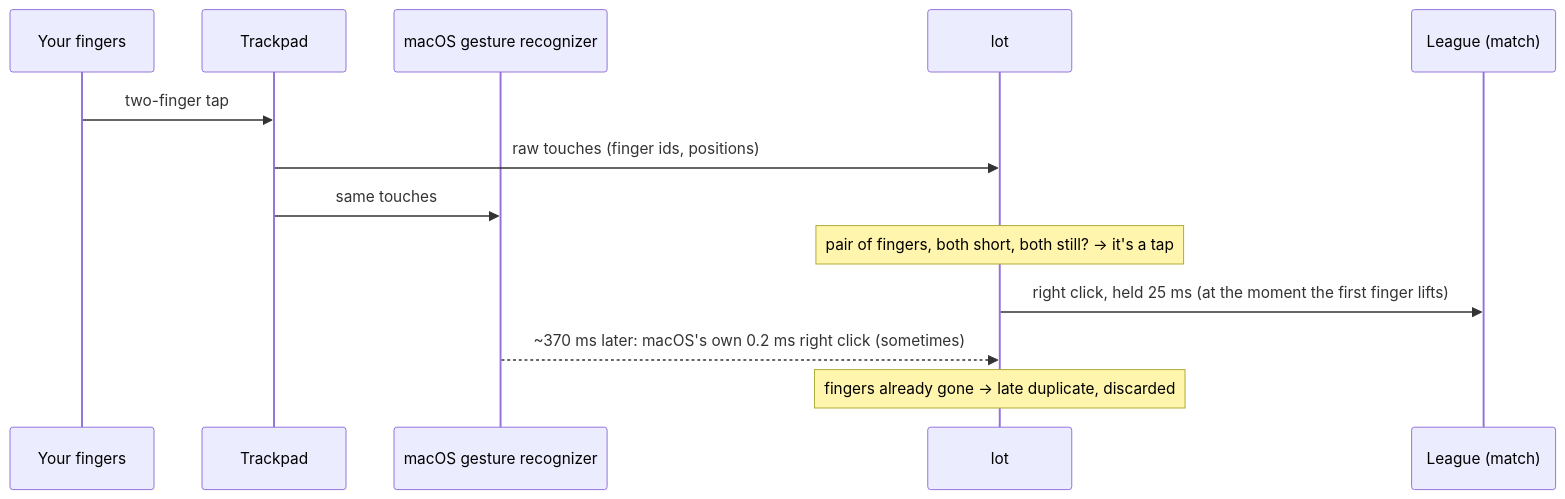
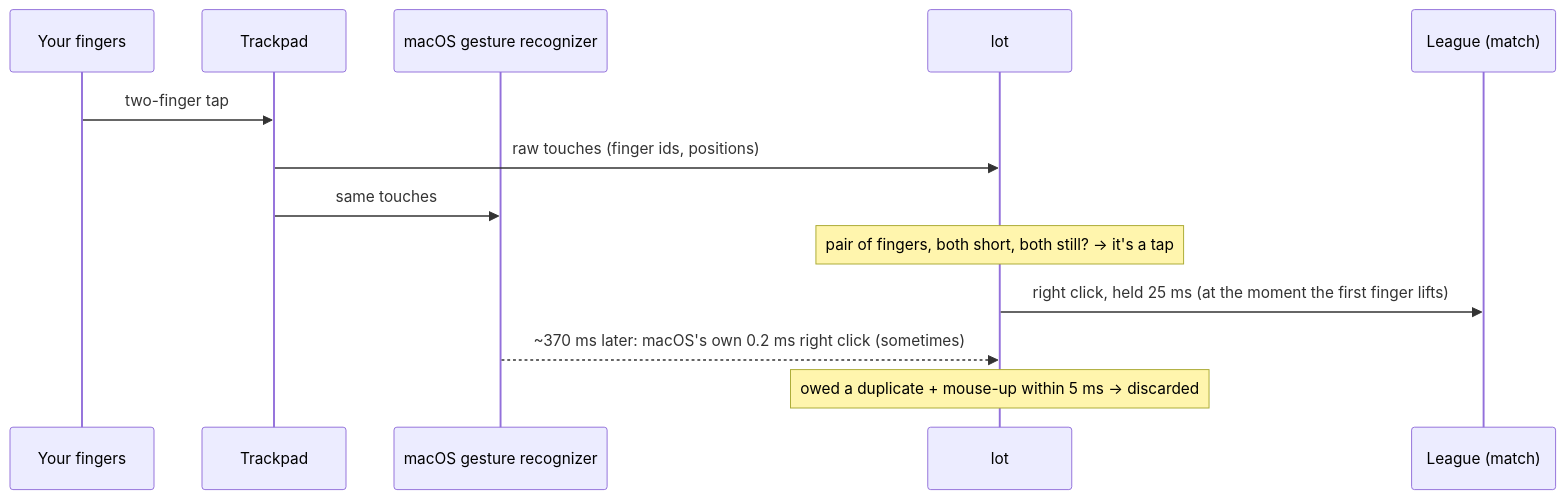
Before and after one commit to and-riu/lot_macOS: the diagram in README.md, drawn with Mermaid. The commit also changed other lines of this file and 2 other files, not shown here.

Commit message:
Fix: external mouse right clicks were dropped in-game
The duplicate filter dropped any right click with no fingers on the
trackpad, which also matched every external mouse click. Now lot only
holds back clicks while it owes a macOS duplicate (tap sent < 1.5 s ago),
and drops them only if the mouse-up follows within 5 ms. Devlog ch. 10.

````diff
--- a/README.md
+++ b/README.md
@@ -31,15 +31,15 @@
 ```mermaid
 sequenceDiagram
     participant F as Your fingers
     participant T as Trackpad
     participant M as macOS gesture recognizer
     participant L as lot
     participant G as League (match)
     F->>T: two-finger tap
     T->>L: raw touches (finger ids, positions)
     T->>M: same touches
     Note over L: pair of fingers, both short, both still? → it's a tap
     L->>G: right click, held 25 ms (at the moment the first finger lifts)
     M-->>L: ~370 ms later: macOS's own 0.2 ms right click (sometimes)
-    Note over L: fingers already gone → late duplicate, discarded
+    Note over L: owed a duplicate + mouse-up within 5 ms → discarded
 ```
````
